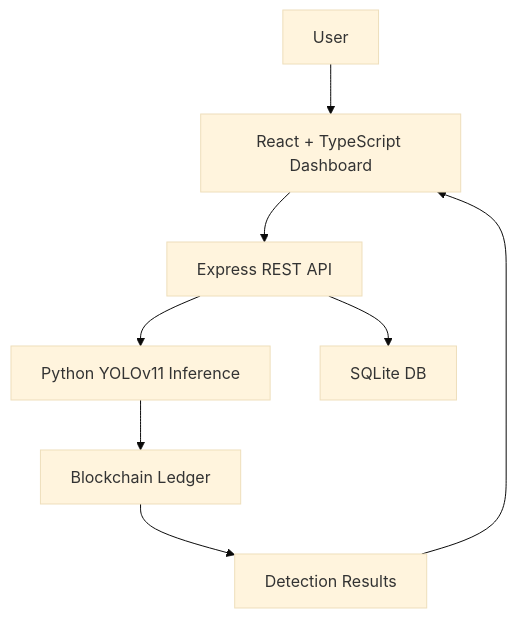
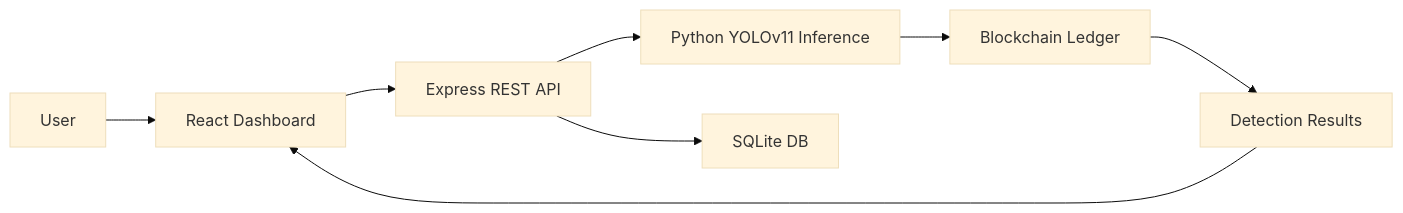
Before and after one commit to IshaanSaxena2005/CAM-YOLO11: the diagram in README.md, drawn with Mermaid (base theme). The commit also changed other lines of this file, not shown here.

````diff
--- a/README.md
+++ b/README.md
@@ -34,10 +126,10 @@
 ```mermaid
-flowchart TD
-    A[User] --> B[React + TypeScript Dashboard]
+flowchart LR
+    A[User] --> B[React Dashboard]
     B --> C[Express REST API]
     C --> D[Python YOLOv11 Inference]
     C --> E[SQLite DB]
     D --> F[Blockchain Ledger]
     F --> G[Detection Results]
     G --> B
 ```
````
